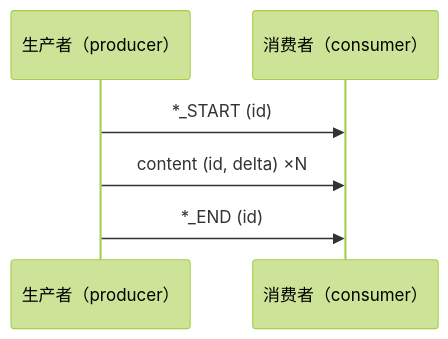
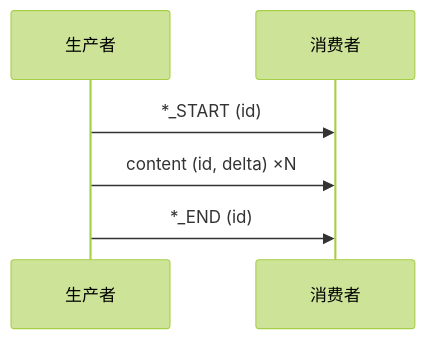
One commit to JilongSun/ag-ui-docs-zh changed the first of 3 diagrams in content/zh/spec/1.0/basic/patterns/index.md. Above: the diagram before and after it, drawn with Mermaid (forest theme). The commit also changed other lines of this file and 46 other files, not shown here.

````diff
--- a/content/zh/spec/1.0/basic/patterns/index.md
+++ b/content/zh/spec/1.0/basic/patterns/index.md
@@ -14,8 +14,8 @@
 ```mermaid
 sequenceDiagram
-    participant Producer as 生产者（producer）
-    participant Consumer as 消费者（consumer）
+    participant Producer as 生产者
+    participant Consumer as 消费者
     Producer->>Consumer: *_START (id)
     Producer->>Consumer: content (id, delta) ×N
     Producer->>Consumer: *_END (id)
 ```
````
